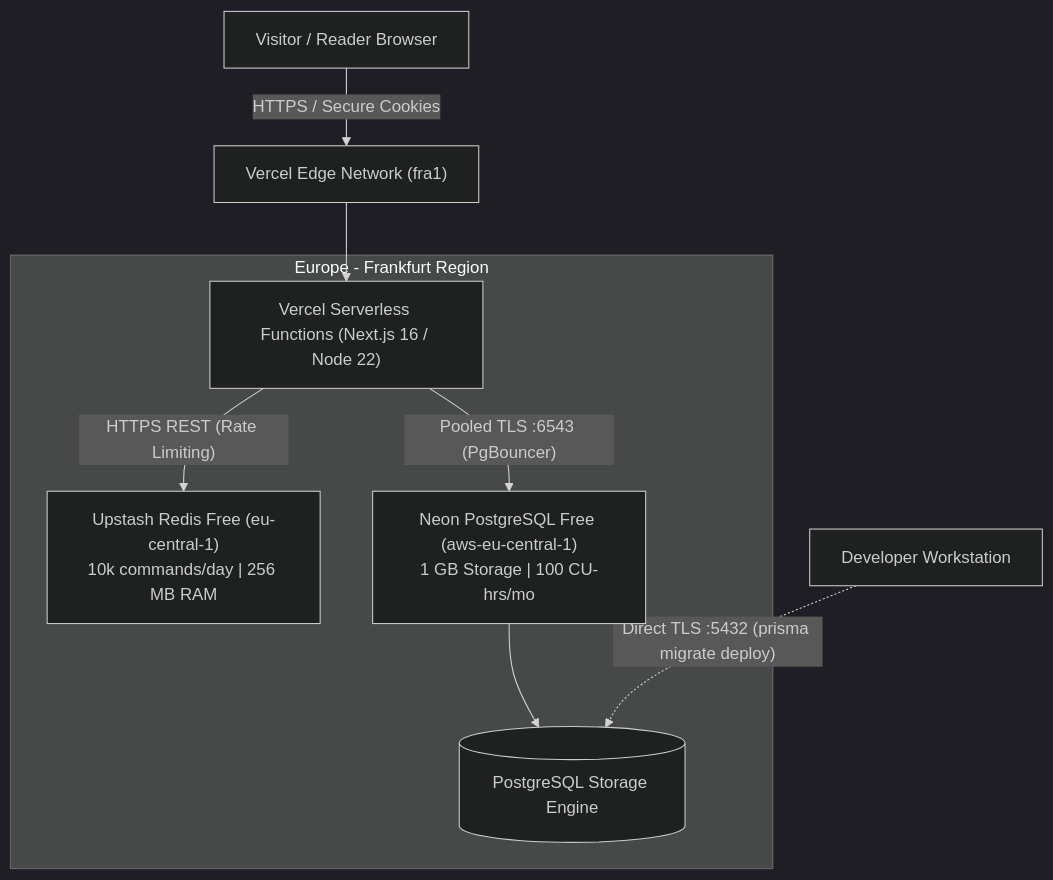
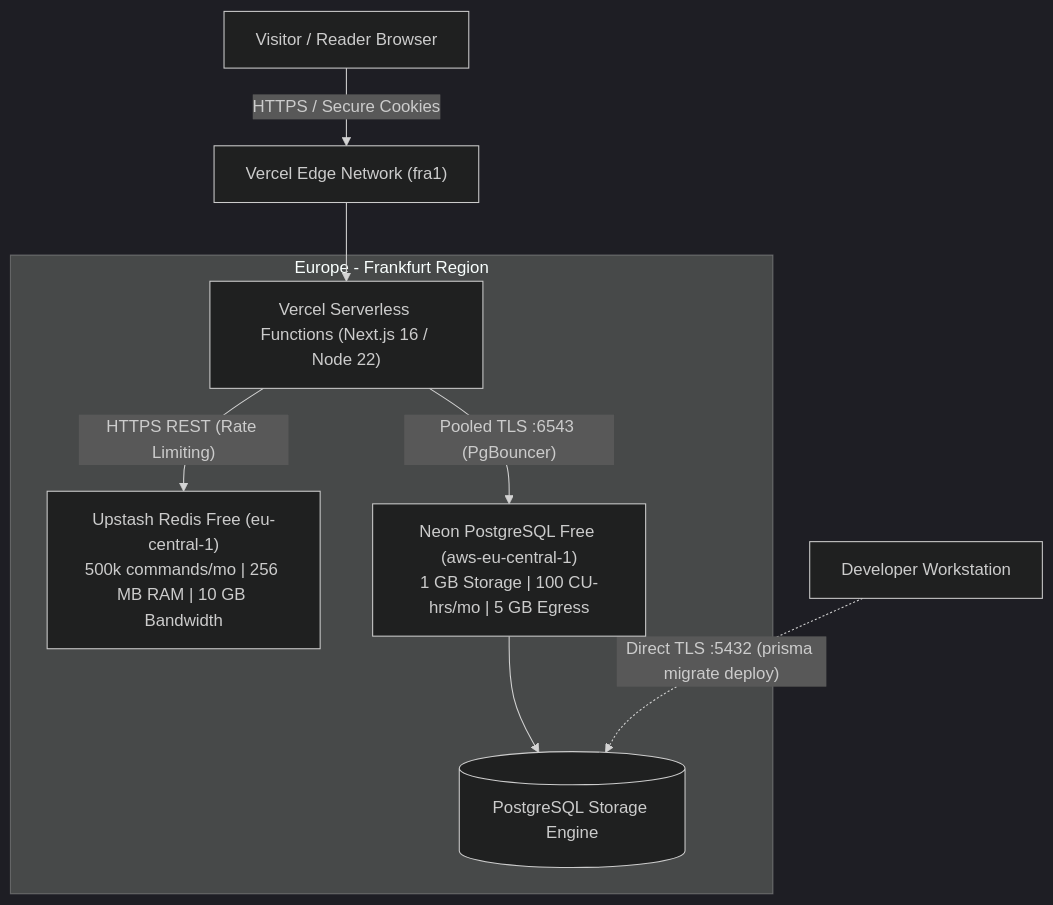
One commit to saidmukhammedov/unsent changed the diagram in docs/FREE_TIER_DEPLOYMENT.md. Above: the diagram before and after it, drawn with Mermaid (dark theme). The commit also changed other lines of this file and 3 other files, not shown here.

````diff
--- a/docs/FREE_TIER_DEPLOYMENT.md
+++ b/docs/FREE_TIER_DEPLOYMENT.md
@@ -21,13 +21,13 @@
 ```mermaid
 flowchart TD
     Client["Visitor / Reader Browser"] -->|"HTTPS / Secure Cookies"| VercelEdge["Vercel Edge Network (fra1)"]
     VercelEdge --> VercelFunc["Vercel Serverless Functions (Next.js 16 / Node 22)"]
     
     subgraph Frankfurt [Europe - Frankfurt Region]
-        VercelFunc -->|"HTTPS REST (Rate Limiting)"| Upstash["Upstash Redis Free (eu-central-1)<br>10k commands/day | 256 MB RAM"]
-        VercelFunc -->|"Pooled TLS :6543 (PgBouncer)"| NeonPool["Neon PostgreSQL Free (aws-eu-central-1)<br>1 GB Storage | 100 CU-hrs/mo"]
+        VercelFunc -->|"HTTPS REST (Rate Limiting)"| Upstash["Upstash Redis Free (eu-central-1)<br>500k commands/mo | 256 MB RAM | 10 GB Bandwidth"]
+        VercelFunc -->|"Pooled TLS :6543 (PgBouncer)"| NeonPool["Neon PostgreSQL Free (aws-eu-central-1)<br>1 GB Storage | 100 CU-hrs/mo | 5 GB Egress"]
         NeonPool --> NeonStorage[("PostgreSQL Storage Engine")]
     end
     
     DevMachine["Developer Workstation"] -.->|"Direct TLS :5432 (prisma migrate deploy)"| NeonStorage
 ```
````
